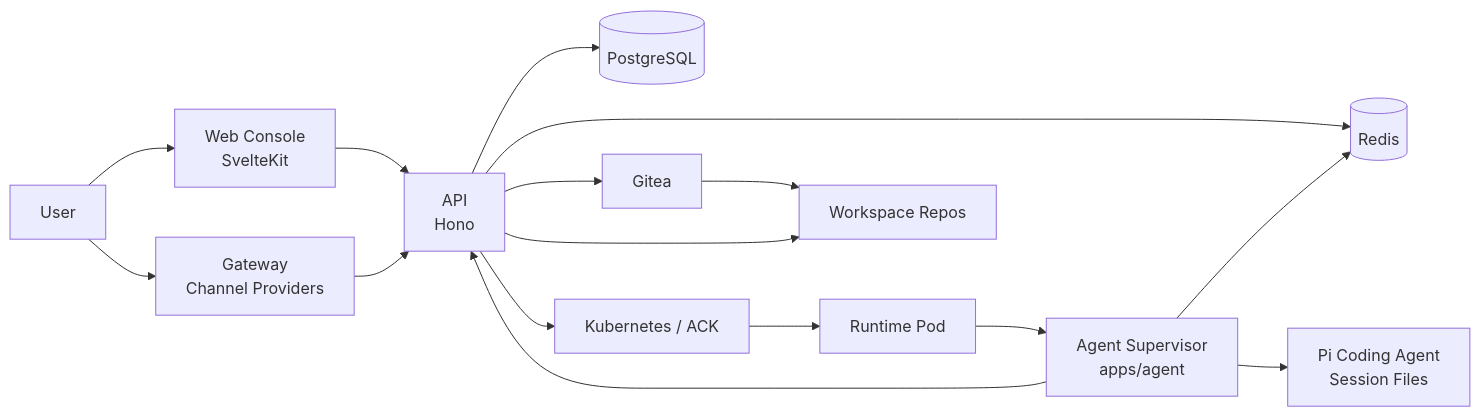
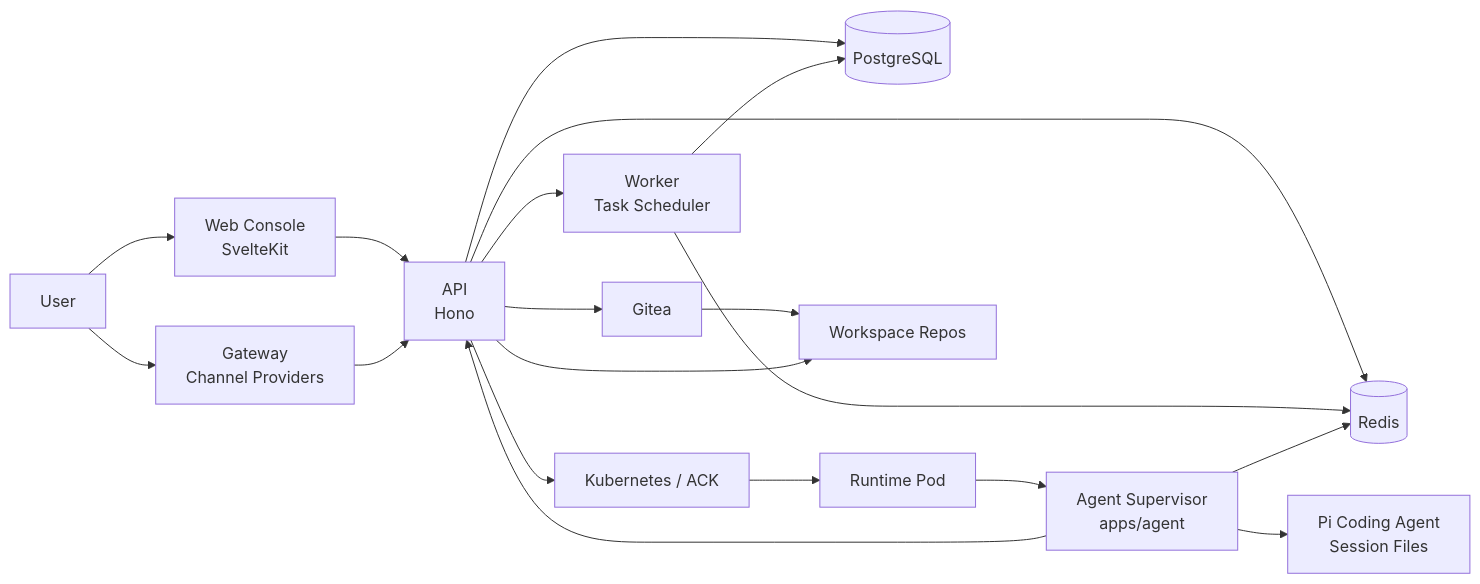
Before and after one commit to Larkspur-Wang/cohub: the first of 5 diagrams in docs/technical-architecture.md, drawn with Mermaid. The commit also changed other lines of this file and 8 other files, not shown here.

````diff
--- a/docs/technical-architecture.md
+++ b/docs/technical-architecture.md
@@ -42,35 +43,40 @@
 ```mermaid
 flowchart LR
     U[User]
     W[Web Console<br/>SvelteKit]
     G[Gateway<br/>Channel Providers]
     A[API<br/>Hono]
+    WR[Worker<br/>Task Scheduler]
     R[(Redis)]
     P[(PostgreSQL)]
     K[Kubernetes / ACK]
     RT[Runtime Pod]
     S[Agent Supervisor<br/>apps/agent]
     PI[Pi Coding Agent<br/>Session Files]
     GT[Gitea]
     WS[Workspace Repos]
 
     U --> W
     U --> G
 
     W --> A
     G --> A
 
     A --> P
     A --> R
     A --> K
     A --> GT
+    A --> WR
     GT --> WS
+
+    WR --> R
+    WR --> P
 
     K --> RT
     RT --> S
     S --> PI
 
     A --> WS
     S --> R
     S --> A
 ```
````
